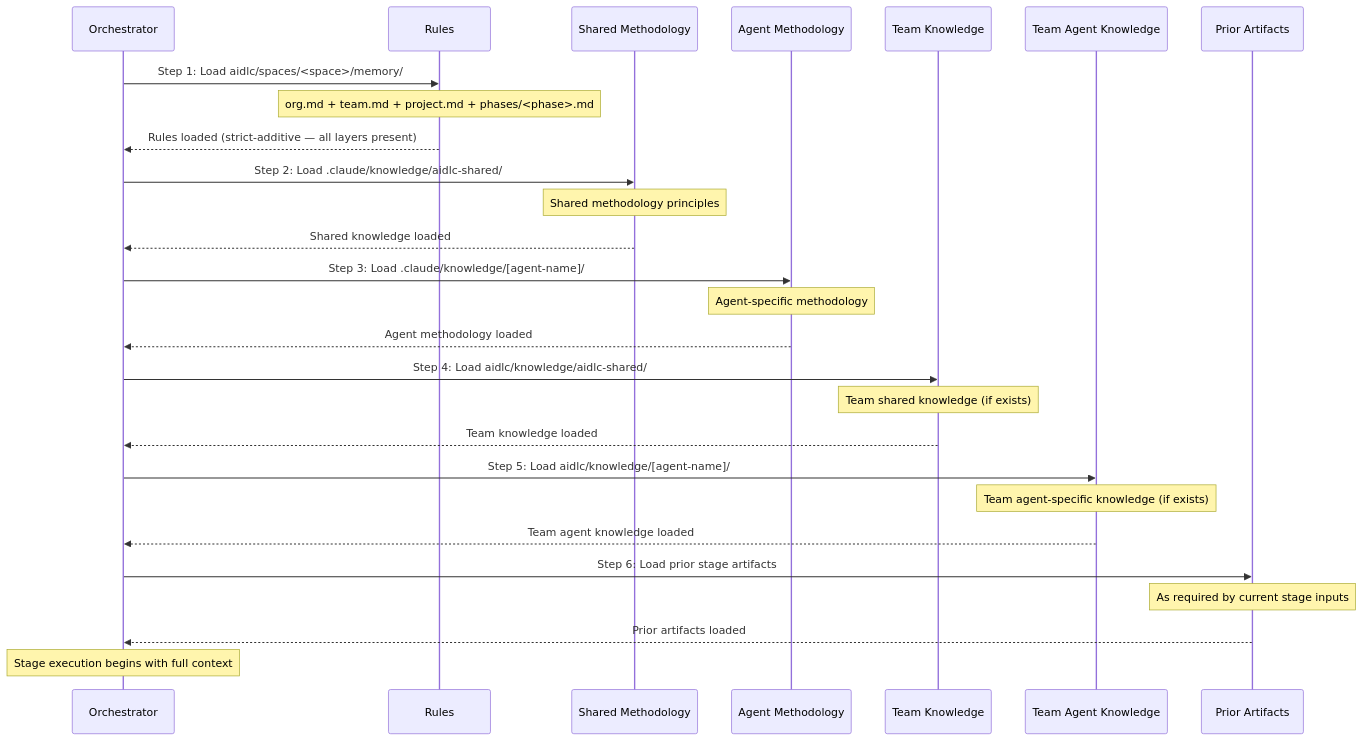
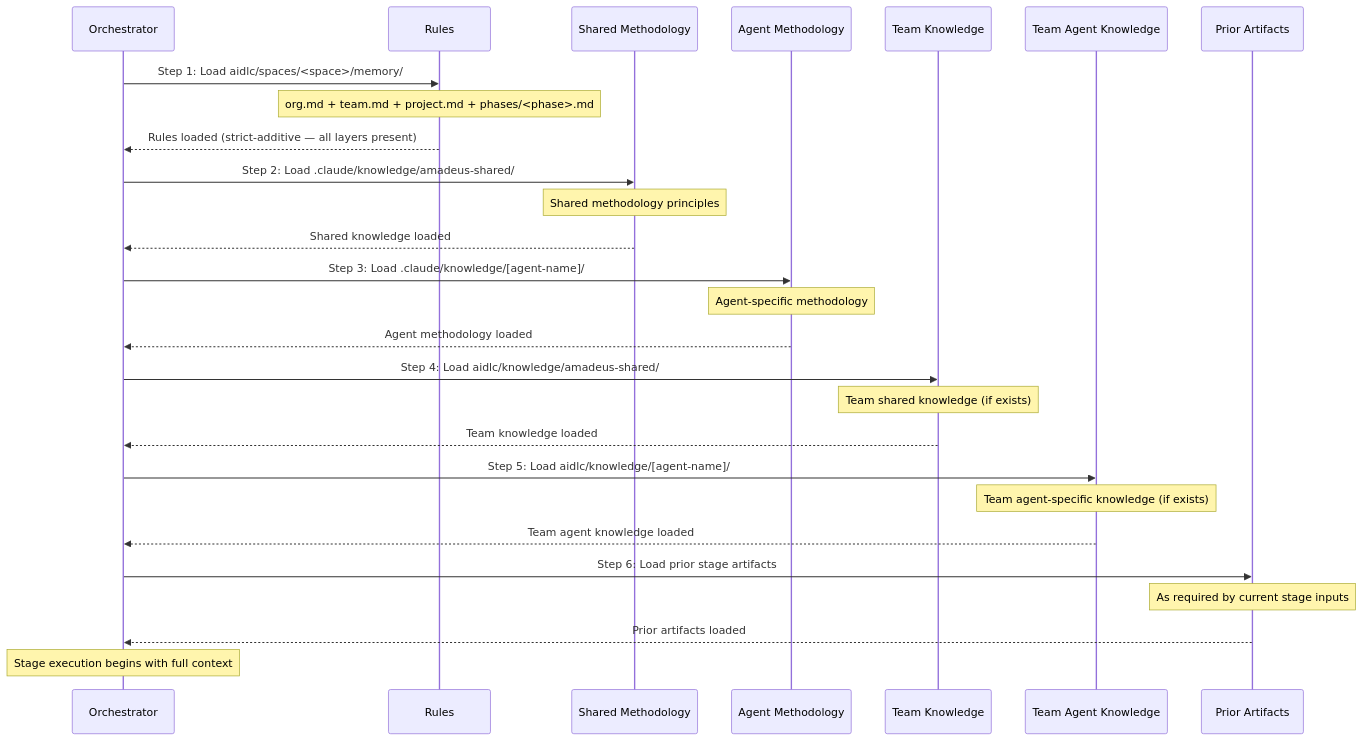
Before and after one commit to amadeus-dlc/amadeus: the diagram in docs/reference/10-knowledge-system.md, drawn with Mermaid. The commit also changed other lines of this file and 855 other files, not shown here.

Commit message:
refactor: rename aidlc prefixes to amadeus

````diff
--- a/docs/reference/10-knowledge-system.md
+++ b/docs/reference/10-knowledge-system.md
@@ -70,36 +70,36 @@
 ```mermaid
 sequenceDiagram
     participant O as Orchestrator
     participant G as Rules
     participant SM as Shared Methodology
     participant AM as Agent Methodology
     participant TK as Team Knowledge
     participant TAK as Team Agent Knowledge
     participant PA as Prior Artifacts
 
     O->>G: Step 1: Load aidlc/spaces/<space>/memory/
     Note over G: org.md + team.md + project.md + phases/<phase>.md
     G-->>O: Rules loaded (strict-additive — all layers present)
 
-    O->>SM: Step 2: Load .claude/knowledge/aidlc-shared/
+    O->>SM: Step 2: Load .claude/knowledge/amadeus-shared/
     Note over SM: Shared methodology principles
     SM-->>O: Shared knowledge loaded
 
     O->>AM: Step 3: Load .claude/knowledge/[agent-name]/
     Note over AM: Agent-specific methodology
     AM-->>O: Agent methodology loaded
 
-    O->>TK: Step 4: Load aidlc/knowledge/aidlc-shared/
+    O->>TK: Step 4: Load aidlc/knowledge/amadeus-shared/
     Note over TK: Team shared knowledge (if exists)
     TK-->>O: Team knowledge loaded
 
     O->>TAK: Step 5: Load aidlc/knowledge/[agent-name]/
     Note over TAK: Team agent-specific knowledge (if exists)
     TAK-->>O: Team agent knowledge loaded
 
     O->>PA: Step 6: Load prior stage artifacts
     Note over PA: As required by current stage inputs
     PA-->>O: Prior artifacts loaded
 
     Note over O: Stage execution begins with full context
 ```
````
